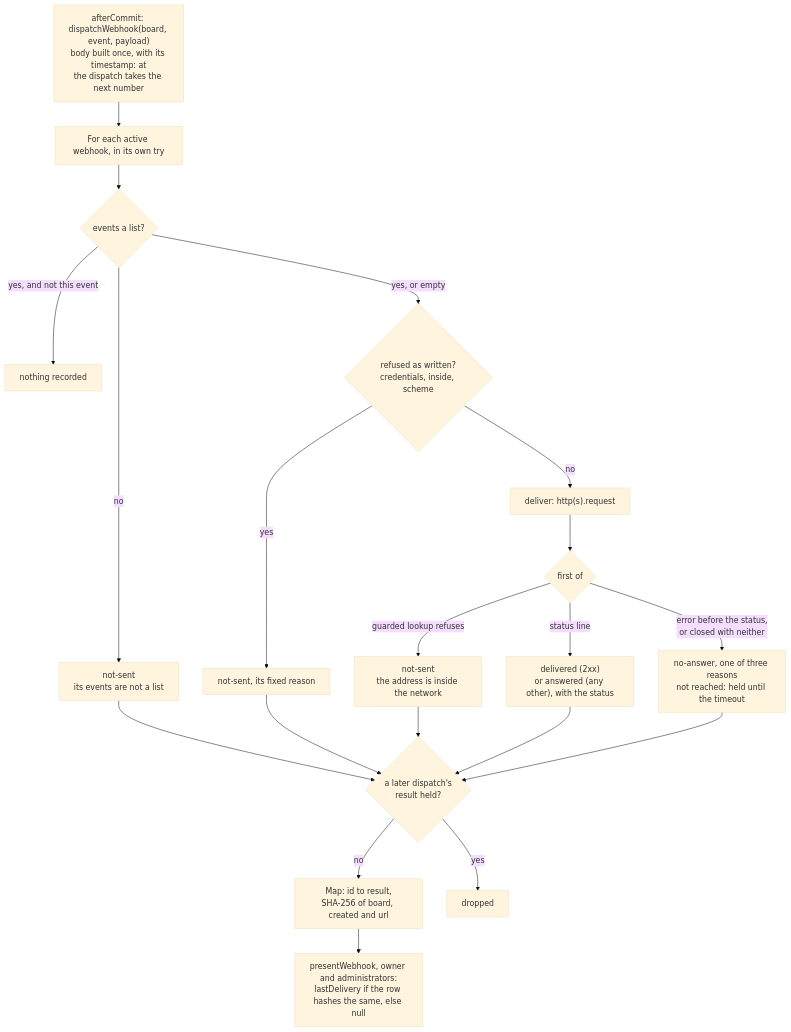
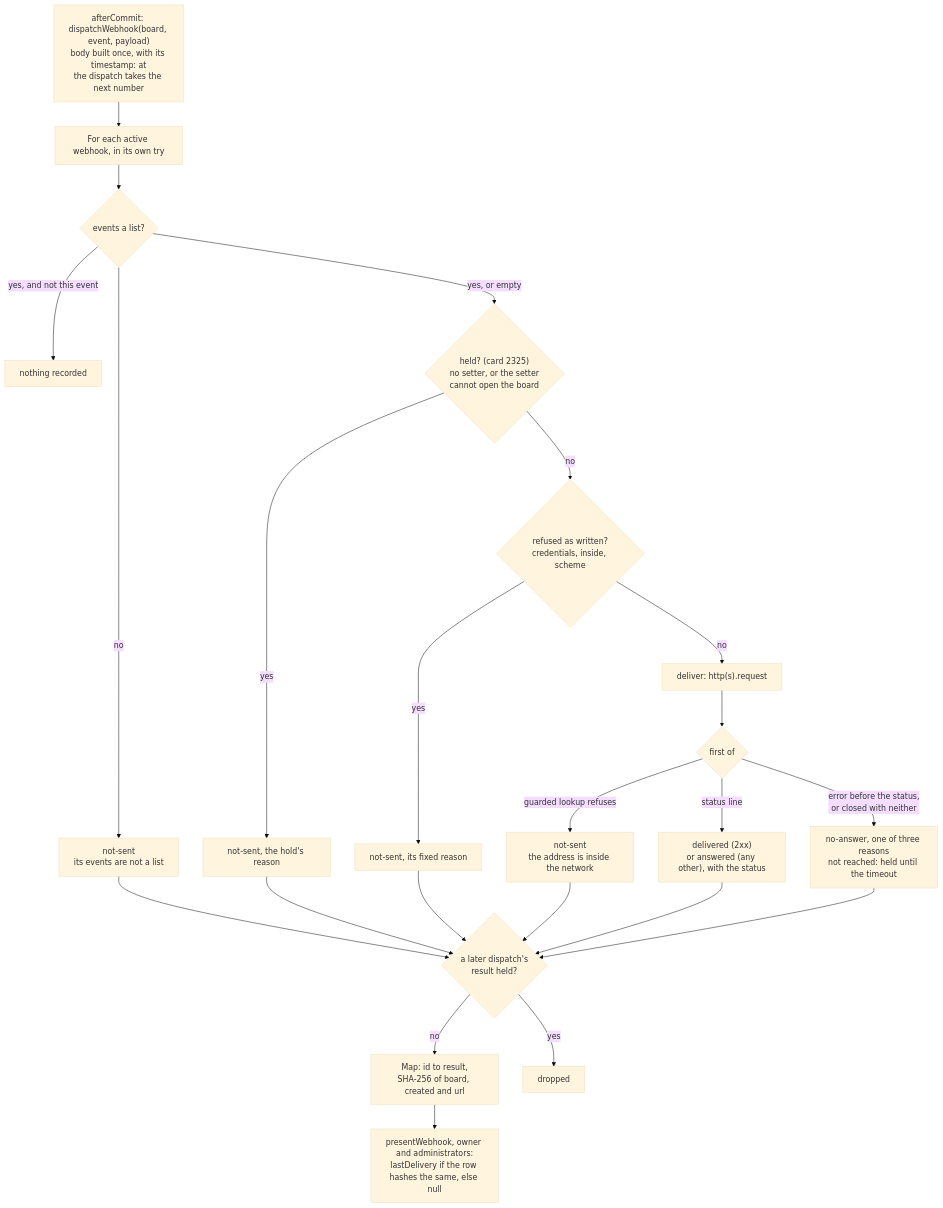
One commit to gitBoon/DumpFire changed diagram 19 of 22 in docs/notifications-email.md. Above: the diagram before and after it, drawn with Mermaid (base theme). The commit also changed other lines of this file and 18 other files, not shown here.

````diff
--- a/docs/notifications-email.md
+++ b/docs/notifications-email.md
@@ -1474,22 +1498,25 @@
 ```mermaid
 flowchart TD
     Event["afterCommit: dispatchWebhook(board, event, payload)<br/>body built once, with its timestamp: at<br/>the dispatch takes the next number"] --> Each["For each active webhook, in its own try"]
     Each --> Asks{"events a list?"}
     Asks -->|"no"| R1["not-sent<br/>its events are not a list"]
     Asks -->|"yes, and not this event"| Skip["nothing recorded"]
-    Asks -->|"yes, or empty"| Written{"refused as written?<br/>credentials, inside, scheme"}
+    Asks -->|"yes, or empty"| Held{"held? (card 2325)<br/>no setter, or the setter<br/>cannot open the board"}
+    Held -->|"yes"| R0["not-sent, the hold's reason"]
+    Held -->|"no"| Written{"refused as written?<br/>credentials, inside, scheme"}
     Written -->|"yes"| R2["not-sent, its fixed reason"]
     Written -->|"no"| Deliver["deliver: http(s).request"]
     Deliver --> First{"first of"}
     First -->|"guarded lookup refuses"| R3["not-sent<br/>the address is inside the network"]
     First -->|"status line"| R4["delivered (2xx)<br/>or answered (any other), with the status"]
     First -->|"error before the status,<br/>or closed with neither"| R5["no-answer, one of three reasons<br/>not reached: held until the timeout"]
     R1 --> Keep{"a later dispatch's<br/>result held?"}
+    R0 --> Keep
     R2 --> Keep
     R3 --> Keep
     R4 --> Keep
     R5 --> Keep
     Keep -->|"no"| Store["Map: id to result,<br/>SHA-256 of board, created and url"]
     Keep -->|"yes"| Drop["dropped"]
     Store --> Read["presentWebhook, owner and administrators:<br/>lastDelivery if the row hashes the same, else null"]
 ```
````
